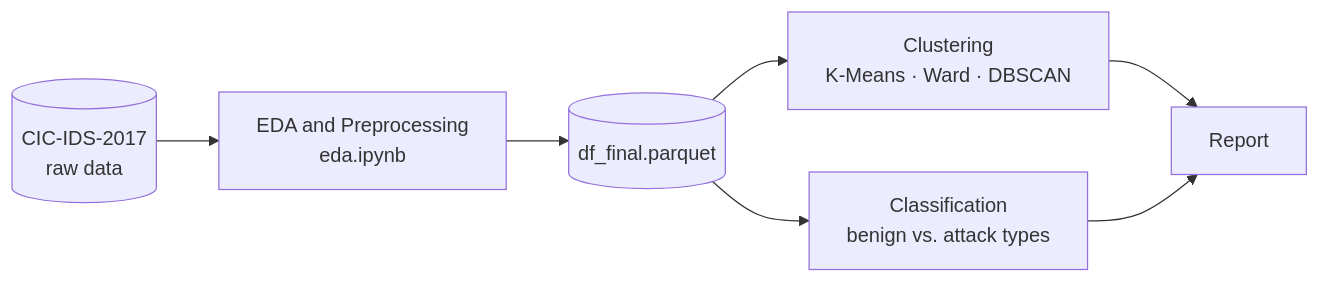
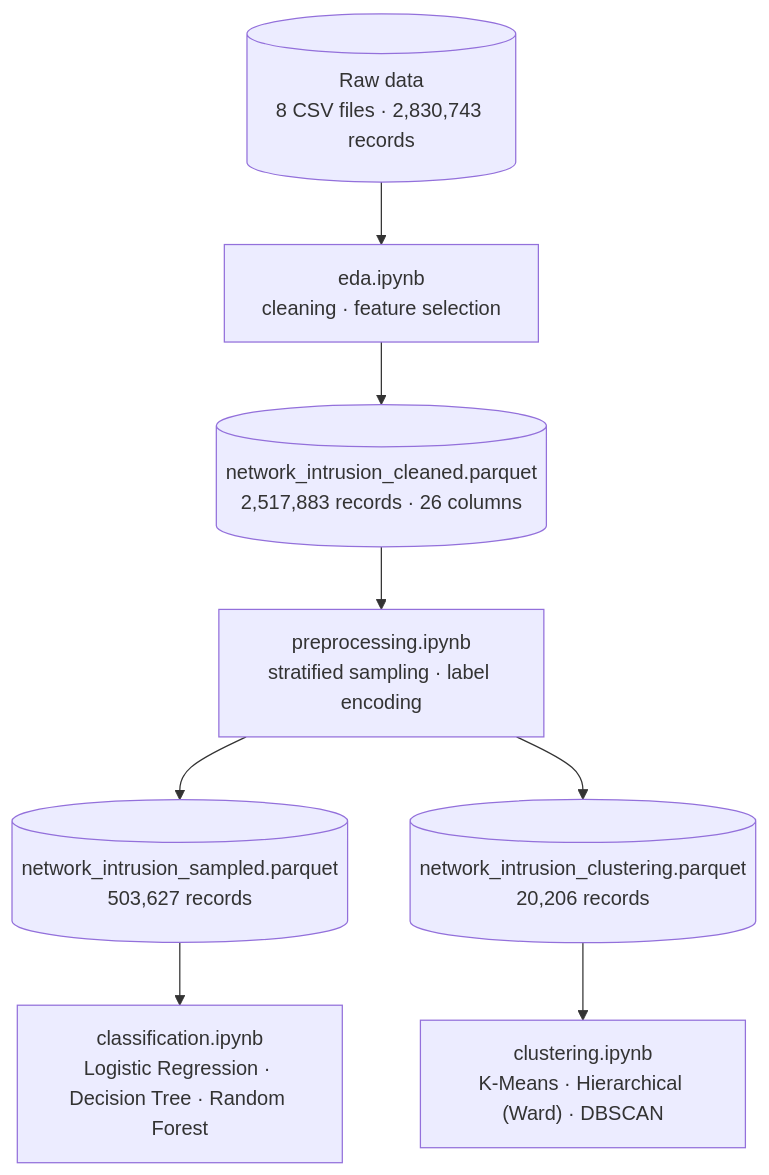
Before and after one commit to GiannisKotsalos/NetworkIntrusion-DataMining-MLProject: the diagram in README.md, drawn with Mermaid. The commit also changed other lines of this file, not shown here.

````diff
--- a/README.md
+++ b/README.md
@@ -41,9 +80,10 @@
 ```mermaid
-flowchart LR
-    A[("CIC-IDS-2017<br/>raw data")] --> B["EDA and Preprocessing<br/>eda.ipynb"]
-    B --> C[("df_final.parquet")]
-    C --> D["Clustering<br/>K-Means · Ward · DBSCAN"]
-    C --> E["Classification<br/>benign vs. attack types"]
-    D --> F["Report"]
-    E --> F
+flowchart TD
+    A[("Raw data<br/>8 CSV files · 2,830,743 records")] --> B["eda.ipynb<br/>cleaning · feature selection"]
+    B --> C[("network_intrusion_cleaned.parquet<br/>2,517,883 records · 26 columns")]
+    C --> D["preprocessing.ipynb<br/>stratified sampling · label encoding"]
+    D --> E[("network_intrusion_sampled.parquet<br/>503,627 records")]
+    D --> F[("network_intrusion_clustering.parquet<br/>20,206 records")]
+    E --> G["classification.ipynb<br/>Logistic Regression · Decision Tree · Random Forest"]
+    F --> H["clustering.ipynb<br/>K-Means · Hierarchical (Ward) · DBSCAN"]
 ```
````
